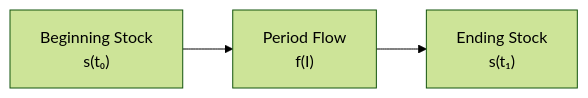
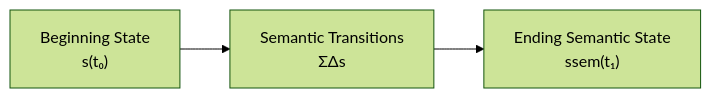
Before and after one commit to niikei/accounting-state-model: the second of 4 diagrams in theory/07-period-stock-flow.md, drawn with Mermaid (forest theme). The commit also changed other lines of this file and 8 other files, not shown here.

````diff
--- a/theory/07-period-stock-flow.md
+++ b/theory/07-period-stock-flow.md
@@ -167,8 +228,8 @@
 ```mermaid
 flowchart LR
-    S0["Beginning Stock<br/>s(t₀)"]
-    F["Period Flow<br/>f(I)"]
-    S1["Ending Stock<br/>s(t₁)"]
+    S0["Beginning State<br/>s(t₀)"]
+    DS["Semantic Transitions<br/>ΣΔs"]
+    S1["Ending Semantic State<br/>ssem(t₁)"]
 
-    S0 --> F --> S1
+    S0 --> DS --> S1
 ```
````
